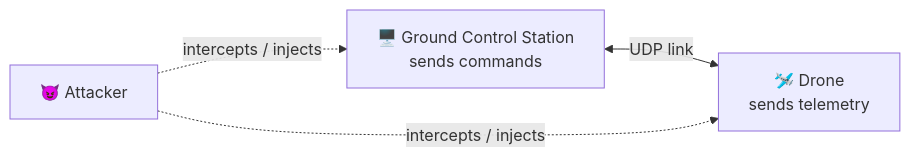
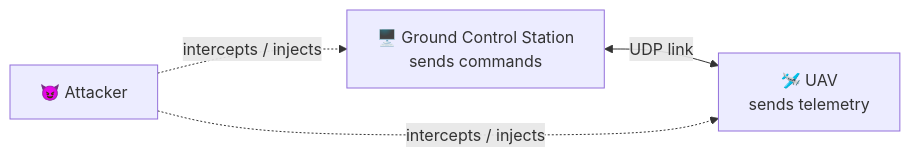
The diagram in README.md (onurhayta/secure-uav-telemetry-command-protocol), drawn with Mermaid before and after one commit. The commit also changed other lines of this file and 7 other files, not shown here.

````diff
--- a/README.md
+++ b/README.md
@@ -49,6 +49,6 @@
 ```mermaid
 graph LR
-    GCS[🖥️ Ground Control Station<br/>sends commands] <-->|UDP link| DRONE[🛩️ Drone<br/>sends telemetry]
+    GCS[🖥️ Ground Control Station<br/>sends commands] <-->|UDP link| UAV[🛩️ UAV<br/>sends telemetry]
     ATK[😈 Attacker] -.->|intercepts / injects| GCS
-    ATK -.->|intercepts / injects| DRONE
+    ATK -.->|intercepts / injects| UAV
 ```
````
